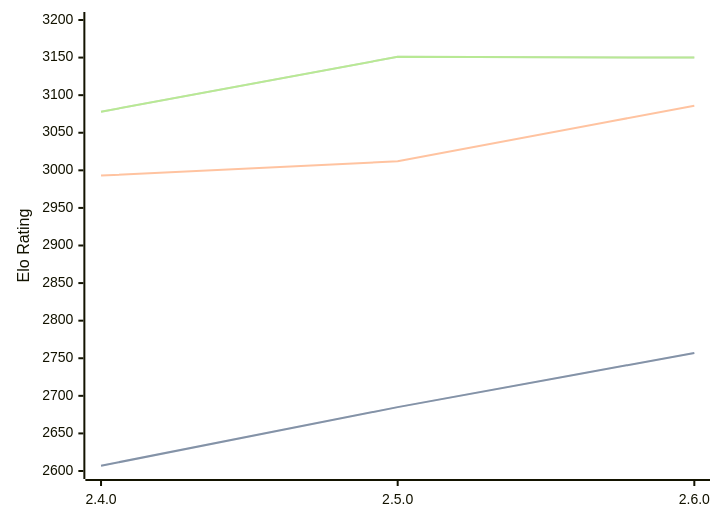
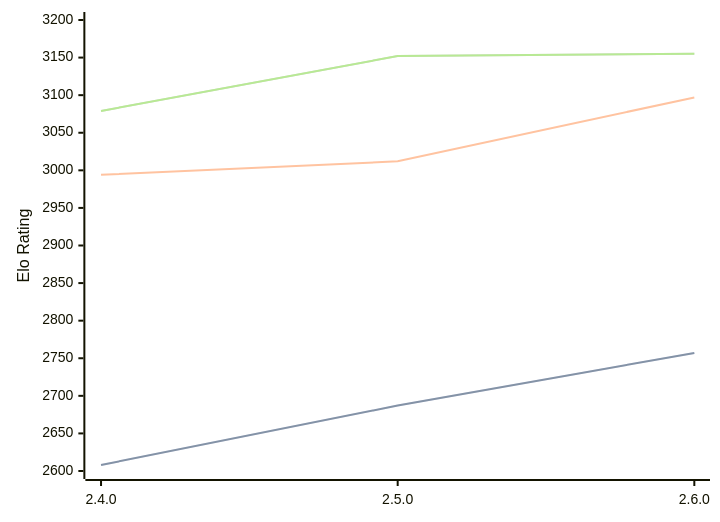
The diagram in engines/Sturddle2.md (computer-chess-index/cci), drawn with Mermaid before and after one commit. The commit also changed other lines of this file, not shown here.

Commit message:
Update CCI Ratings (ELO VLTC) - 2026-08-15

````diff
--- a/engines/Sturddle2.md
+++ b/engines/Sturddle2.md
@@ -33,11 +33,11 @@
 ```mermaid
 %%{init: {"theme":"base","themeVariables":{"seriesColors:['#a3a3a3','#222221','#faa371']}}}%%
 xychart-beta
   x-axis ["2.4.0", "2.5.0", "2.6.0"]
   y-axis "Elo Rating" 2600 --> 3200
-  line "STC (8.0+0.08s)" [2607, 2685, 2757]
-  line "STC (8.0+0.08s)" [2607, 2685, 2757]
-  line "LTC (60.0+0.60s)" [2993, 3012, 3086]
-  line "VLTC (2m24s+1.12s)" [3078, 3151, 3150]
-  line "VLTC (2m24s+1.12s)" [3078, 3151, 3150]
+  line "STC (8.0+0.08s)" [2608, 2687, 2757]
+  line "STC (8.0+0.08s)" [2608, 2687, 2757]
+  line "LTC (60.0+0.60s)" [2994, 3012, 3097]
+  line "VLTC (2m24s+1.12s)" [3079, 3152, 3155]
+  line "VLTC (2m24s+1.12s)" [3079, 3152, 3155]
 ```
````
